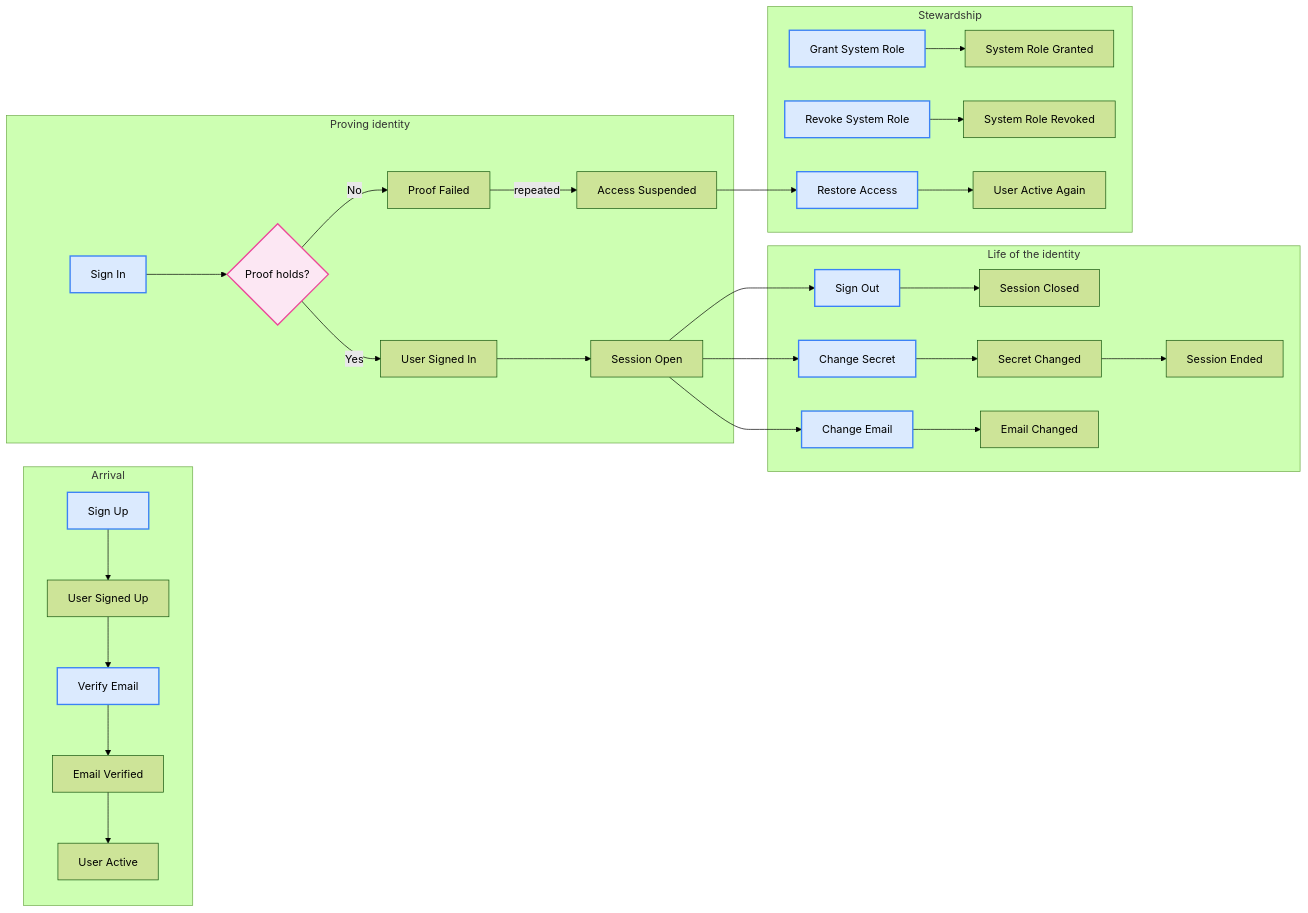
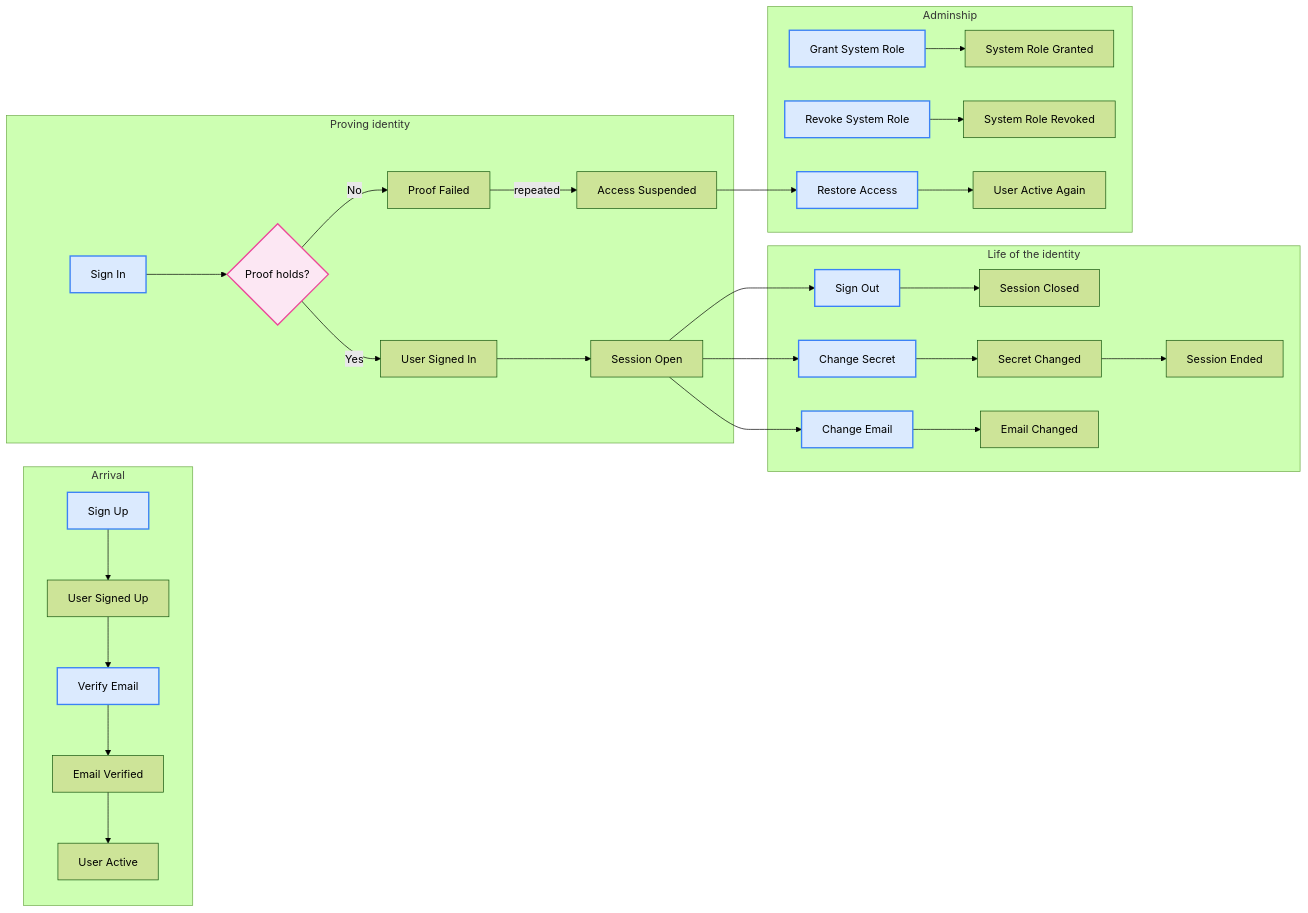
Before and after one commit to Morocoders-Arq-9056/votochain-api-backend: the first of 2 diagrams in docs/Bounded Contexts/iam/event-storming.md, drawn with Mermaid (forest theme). The commit also changed other lines of this file and 24 other files, not shown here.

````diff
--- a/docs/Bounded Contexts/iam/event-storming.md
+++ b/docs/Bounded Contexts/iam/event-storming.md
@@ -42,45 +42,45 @@
 ```mermaid
 graph LR
     subgraph "Arrival"
         SignUp[Sign Up]
         SignUp --> SignedUp[User Signed Up]
         SignedUp --> VerifyEmail[Verify Email]
         VerifyEmail --> EmailVerified[Email Verified]
         EmailVerified --> Active[User Active]
     end
 
     subgraph "Proving identity"
         SignIn[Sign In]
         SignIn --> ProofOK{Proof holds?}
         ProofOK -->|No| ProofFailed[Proof Failed]
         ProofOK -->|Yes| SignedIn[User Signed In]
         ProofFailed -->|repeated| Suspended[Access Suspended]
         SignedIn --> SessionOpen[Session Open]
     end
 
     subgraph "Life of the identity"
         SessionOpen --> SignOut[Sign Out]
         SignOut --> SessionClosed[Session Closed]
         SessionOpen --> ChangeSecret[Change Secret]
         ChangeSecret --> SecretChanged[Secret Changed]
         SecretChanged --> SessionClosed2[Session Ended]
         SessionOpen --> ChangeEmail[Change Email]
         ChangeEmail --> EmailChanged[Email Changed]
     end
 
-    subgraph "Stewardship"
+    subgraph "Adminship"
         GrantRole[Grant System Role]
         GrantRole --> RoleGranted[System Role Granted]
         RevokeRole[Revoke System Role]
         RevokeRole --> RoleRevoked[System Role Revoked]
         Suspended --> Restore[Restore Access]
         Restore --> Active2[User Active Again]
     end
 
     classDef command fill:#dbeafe,stroke:#3b82f6,stroke-width:2px;
     classDef policy fill:#fce7f3,stroke:#ec4899,stroke-width:2px;
 
     class SignUp,SignIn,VerifyEmail,SignOut,ChangeSecret,ChangeEmail,GrantRole,RevokeRole,Restore command;
     class SignedUp,EmailVerified,Active,ProofFailed,Suspended,SignedIn,SessionOpen,SessionClosed,SecretChanged,SessionClosed2,EmailChanged,RoleGranted,RoleRevoked,Active2 event;
     class ProofOK policy;
 ```
````
